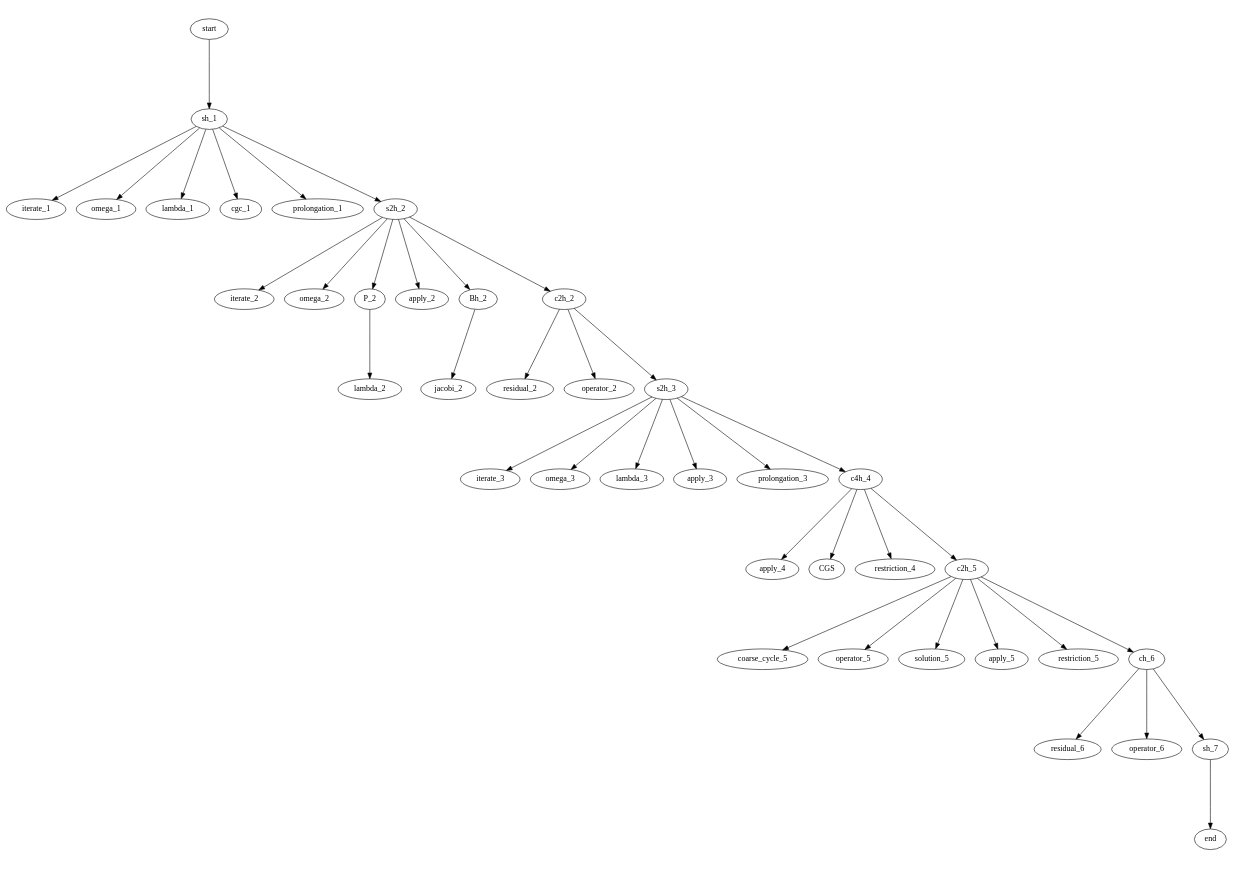
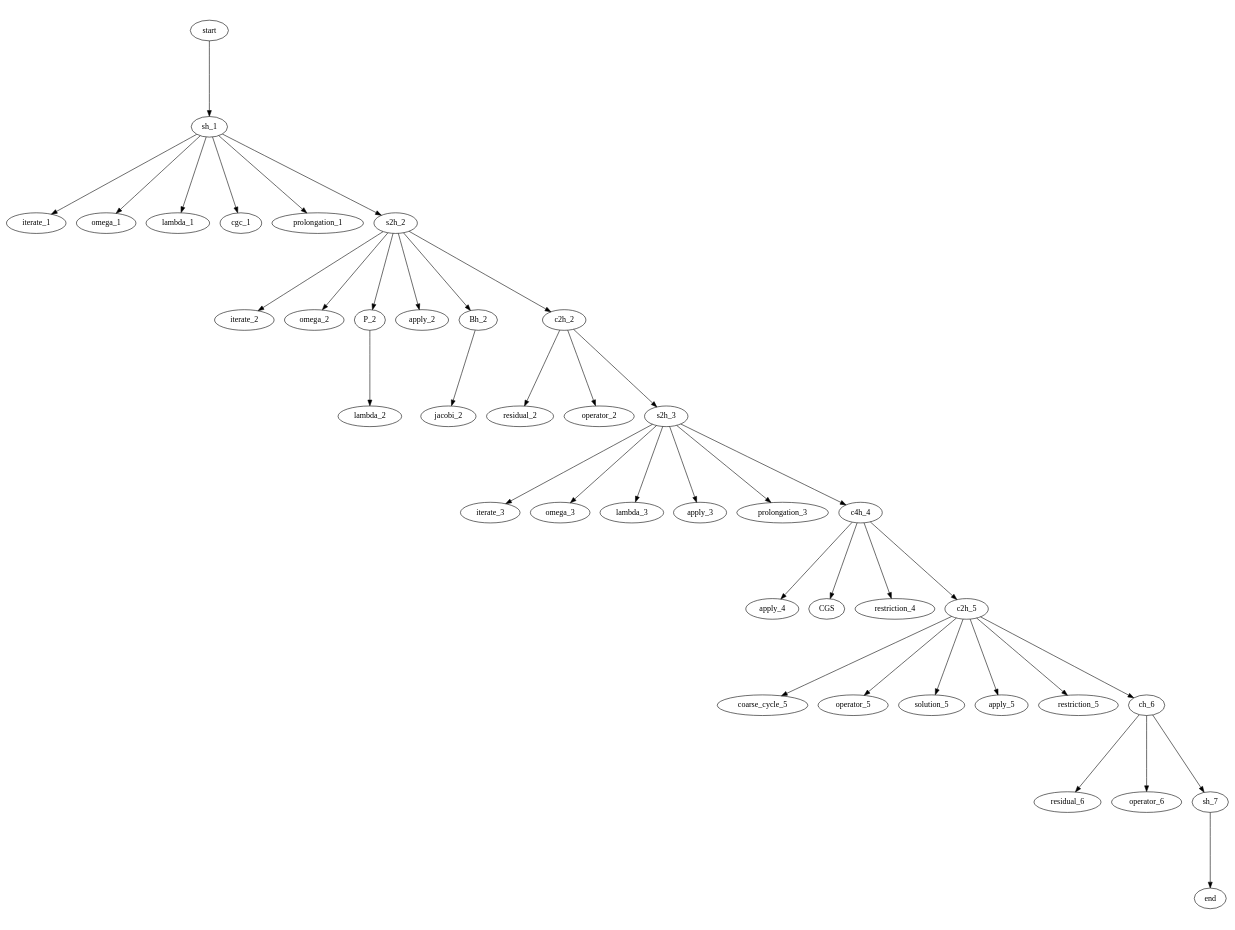
Before and after one commit to jonas-schmitt/thesis: the diagram in tree_generation_scripts/three_grid_method_grammar_tree.dot, drawn with Graphviz. The commit also changed 1 other file, not shown here.

```diff
--- a/tree_generation_scripts/three_grid_method_grammar_tree.dot
+++ b/tree_generation_scripts/three_grid_method_grammar_tree.dot
@@ -1,85 +1,85 @@
 digraph G {  
-  ratio=0.7;
+  ratio=0.75;
   ordering=in ;
   start [texlbl="$\langle S \rangle$"];
   start -> sh_1
   sh_1 [texlbl="$\langle s_h\rangle$"];
   sh_1 -> iterate_1
   sh_1 -> omega_1
   sh_1 -> lambda_1
   sh_1 -> cgc_1
   sh_1 -> prolongation_1
   sh_1 -> s2h_2
   iterate_1 [texlbl="\textsc{iterate}"];
   omega_1 [texlbl="$1.0$"];
   lambda_1 [texlbl="$\lambda$"];
   cgc_1 [texlbl="\textsc{cgc}"];
   prolongation_1 [texlbl="$I_{2h}^h$"];
   s2h_2 [texlbl="$\langle s_{2h}\rangle$"];
   s2h_2 -> iterate_2
   iterate_2 [texlbl="\textsc{iterate}"];
   s2h_2 -> omega_2
   omega_2 [texlbl="$0.6$"];
   s2h_2 -> P_2
   P_2 [texlbl="$\langle \mathcal P \rangle$"];
   P_2 -> lambda_2
   lambda_2 [texlbl="$\lambda$"];
   s2h_2 -> apply_2
   apply_2 [texlbl="\textsc{apply}"];
   s2h_2 -> Bh_2
   Bh_2 [texlbl="$\langle B_{2h} \rangle$"];
   Bh_2 -> jacobi_2
   jacobi_2 [texlbl="$D_{2h}^{-1}$"];
   s2h_2 -> c2h_2
 
   c2h_2 [texlbl="$\langle c_{2h} \rangle$"];
   c2h_2 -> residual_2
   residual_2 [texlbl="\textsc{residual}"];
   c2h_2 -> operator_2
   operator_2 [texlbl="$A_{2h}$"];
   c2h_2 -> s2h_3
   s2h_3 [texlbl="$\langle s_{2h}\rangle$"]; 
   s2h_3 -> iterate_3
   iterate_3 [texlbl="\textsc{iterate}"];
   s2h_3 -> omega_3
   omega_3 [texlbl="$1.0$"];
   s2h_3 -> lambda_3
   lambda_3 [texlbl="$\lambda$"];
   s2h_3 -> apply_3
   apply_3 [texlbl="\textsc{apply}"];
   s2h_3 -> prolongation_3
   prolongation_3 [texlbl="$I_{4h}^{2h}$"];
   s2h_3 -> c4h_4
   c4h_4 [texlbl="$\langle c_{4h} \rangle$"];
   apply_4 [texlbl="\textsc{apply}"];
   c4h_4 -> CGS
   CGS [texlbl="$A_{4h}^{-1}$"];
   c4h_4 -> apply_4
   apply_4 [texlbl="\textsc{apply}"];
   c4h_4 -> restriction_4
   restriction_4 [texlbl="$I_{2h}^{4h}$"];
   c4h_4 -> c2h_5
   c2h_5 [texlbl="$\langle c_{2h} \rangle$"];
   c2h_5 -> coarse_cycle_5
   coarse_cycle_5 [texlbl="\textsc{cge}"];
   c2h_5 -> operator_5
   operator_5 [texlbl="$A_{2h}$"];
   c2h_5 -> solution_5
   solution_5 [texlbl="$x^0_{2h}$"];
   c2h_5 -> apply_5
   apply_5 [texlbl="\textsc{apply}"];
   c2h_5 -> restriction_5
   restriction_5 [texlbl="$I_{h}^{2h}$"];
   c2h_5 -> ch_6
   ch_6 [texlbl="$\langle c_{h} \rangle$"];
   ch_6 -> residual_6
   residual_6 [texlbl="\textsc{residual}"];
   ch_6 -> operator_6
   operator_6 [texlbl="$A_{h}$"];
   ch_6 -> sh_7
   sh_7 [texlbl="$\langle s_{h} \rangle$"];
   sh_7 -> end
   
   
   end [texlbl="$(x_h^0, b_h, \lambda, \lambda)$"];
 }
```
